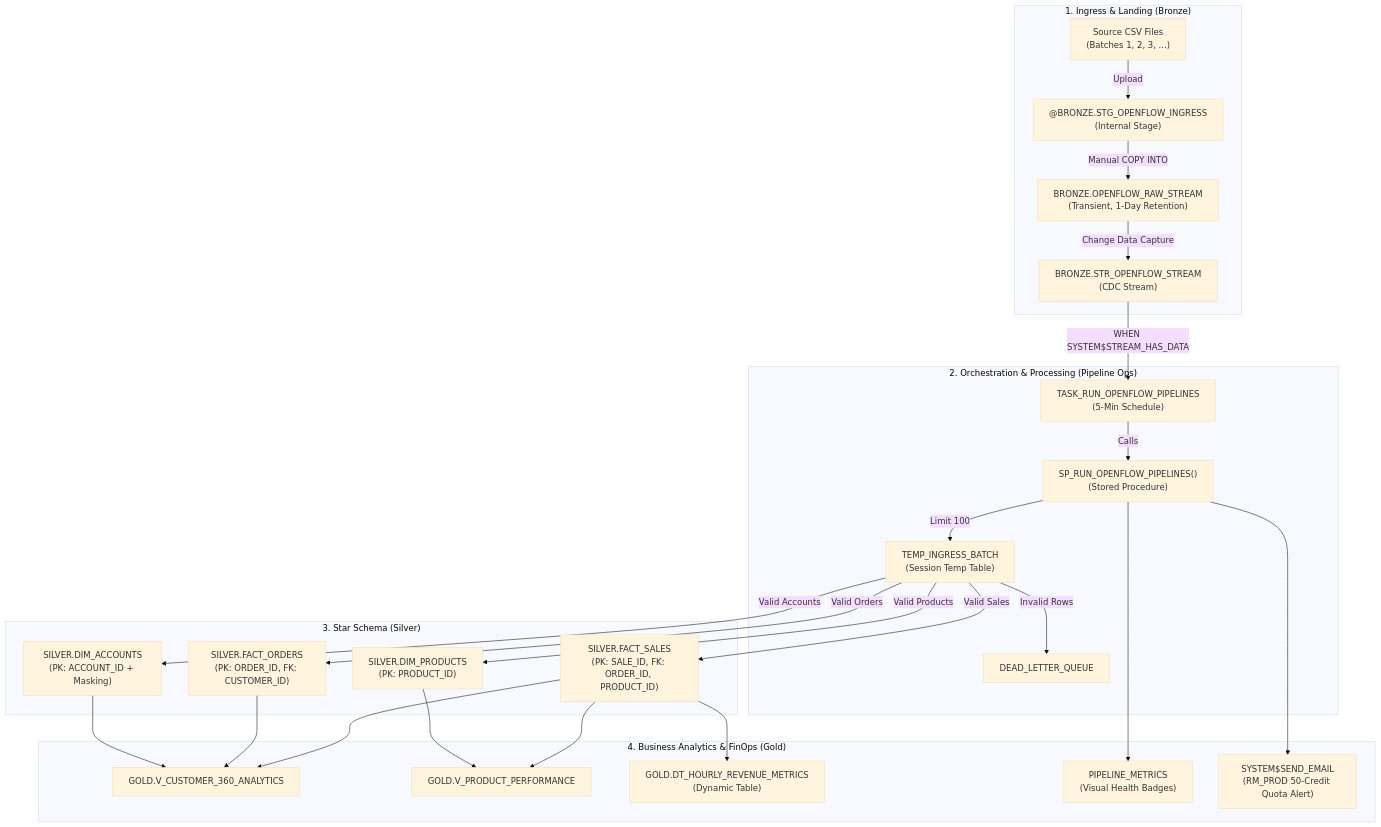
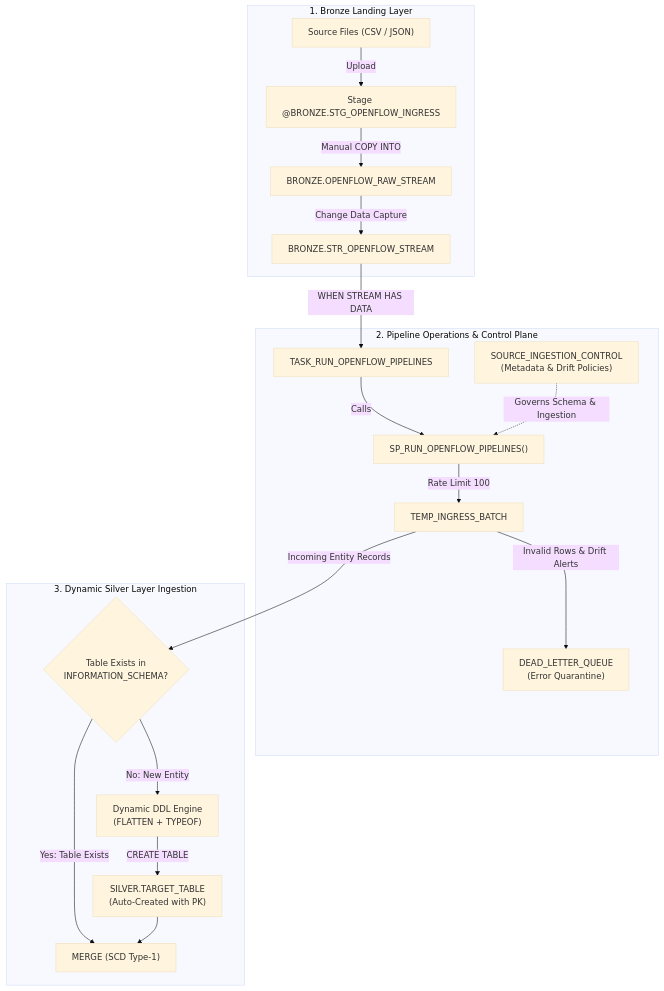
The first of 5 diagrams in Data_integration_design_document.md (Nitheesh-542072/Snowflake_Training), drawn with Mermaid (base theme) before and after one commit. The commit also changed other lines of this file, not shown here.

````diff
--- a/Data_integration_design_document.md
+++ b/Data_integration_design_document.md
@@ -30,30 +30,25 @@
 ```mermaid
 flowchart TD
-    subgraph S1 ["1. Ingress & Landing (Bronze)"]
-        CSV["Source CSV Files<br>(Batches 1, 2, 3, ...)"] -->|Upload| STG["@BRONZE.STG_OPENFLOW_INGRESS<br>(Internal Stage)"]
-        STG -->|Manual COPY INTO| RAW["BRONZE.OPENFLOW_RAW_STREAM<br>(Transient, 1-Day Retention)"]
-        RAW -->|Change Data Capture| STR["BRONZE.STR_OPENFLOW_STREAM<br>(CDC Stream)"]
+    subgraph S1 ["1. Bronze Landing Layer"]
+        CSV["Source Files (CSV / JSON)"] -->|Upload| STG["Stage @BRONZE.STG_OPENFLOW_INGRESS"]
+        STG -->|Manual COPY INTO| RAW["BRONZE.OPENFLOW_RAW_STREAM"]
+        RAW -->|Change Data Capture| STR["BRONZE.STR_OPENFLOW_STREAM"]
     end
 
-    subgraph S2 ["2. Orchestration & Processing (Pipeline Ops)"]
-        STR -->|"WHEN SYSTEM$STREAM_HAS_DATA"| TSK["TASK_RUN_OPENFLOW_PIPELINES<br>(5-Min Schedule)"]
-        TSK -->|Calls| SP["SP_RUN_OPENFLOW_PIPELINES()<br>(Stored Procedure)"]
-        SP -->|Limit 100| TMP["TEMP_INGRESS_BATCH<br>(Session Temp Table)"]
-        TMP -->|Invalid Rows| DLQ["DEAD_LETTER_QUEUE<br>"]
+    subgraph S2 ["2. Pipeline Operations & Control Plane"]
+        STR -->|"WHEN STREAM HAS DATA"| TSK["TASK_RUN_OPENFLOW_PIPELINES"]
+        TSK -->|Calls| SP["SP_RUN_OPENFLOW_PIPELINES()"]
+        SP -->|Rate Limit 100| TMP["TEMP_INGRESS_BATCH"]
+        
+        SIC["SOURCE_INGESTION_CONTROL<br>(Metadata & Drift Policies)"] -.->|Governs Schema & Ingestion| SP
+        TMP -->|Invalid Rows & Drift Alerts| DLQ["DEAD_LETTER_QUEUE<br>(Error Quarantine)"]
     end
 
-    subgraph S3 ["3. Star Schema (Silver)"]
-        TMP -->|Valid Accounts| DIM_A["SILVER.DIM_ACCOUNTS<br>(PK: ACCOUNT_ID + Masking)"]
-        TMP -->|Valid Products| DIM_P["SILVER.DIM_PRODUCTS<br>(PK: PRODUCT_ID)"]
-        TMP -->|Valid Orders| FACT_O["SILVER.FACT_ORDERS<br>(PK: ORDER_ID, FK: CUSTOMER_ID)"]
-        TMP -->|Valid Sales| FACT_S["SILVER.FACT_SALES<br>(PK: SALE_ID, FK: ORDER_ID, PRODUCT_ID)"]
-    end
-
-    subgraph S4 ["4. Business Analytics & FinOps (Gold)"]
-        DIM_A & FACT_O & FACT_S --> C360["GOLD.V_CUSTOMER_360_ANALYTICS"]
-        DIM_P & FACT_S --> PROD["GOLD.V_PRODUCT_PERFORMANCE"]
-        FACT_S --> DT["GOLD.DT_HOURLY_REVENUE_METRICS<br>(Dynamic Table)"]
-        SP --> METRICS["PIPELINE_METRICS<br>(Visual Health Badges)"]
-        SP --> EMAIL["SYSTEM$SEND_EMAIL<br>(RM_PROD 50-Credit Quota Alert)"]
+    subgraph S3 ["3. Dynamic Silver Layer Ingestion"]
+        TMP -->|Incoming Entity Records| CHK{"Table Exists in<br>INFORMATION_SCHEMA?"}
+        CHK -->|No: New Entity| DDL["Dynamic DDL Engine<br>(FLATTEN + TYPEOF)"]
+        DDL -->|CREATE TABLE| TBL["SILVER.TARGET_TABLE<br>(Auto-Created with PK)"]
+        CHK -->|Yes: Table Exists| MRG["MERGE (SCD Type-1)"]
+        TBL --> MRG
     end
 ```
````
